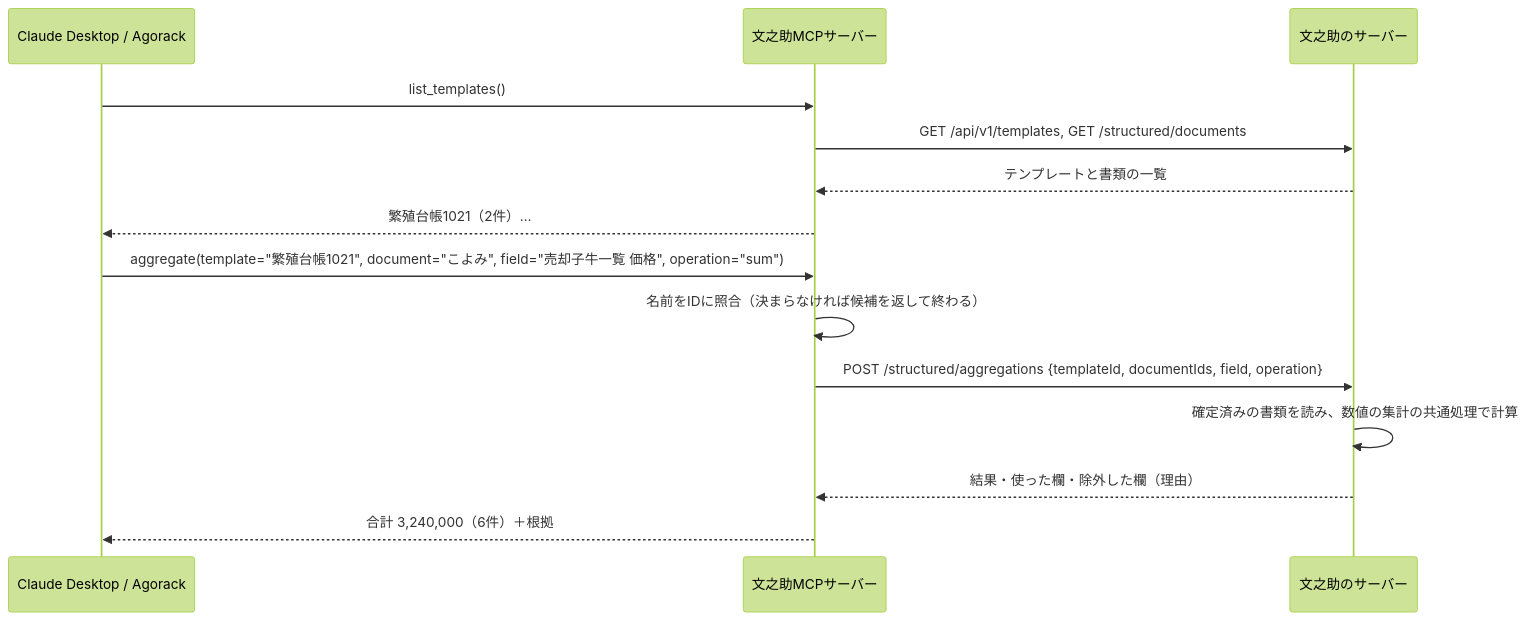
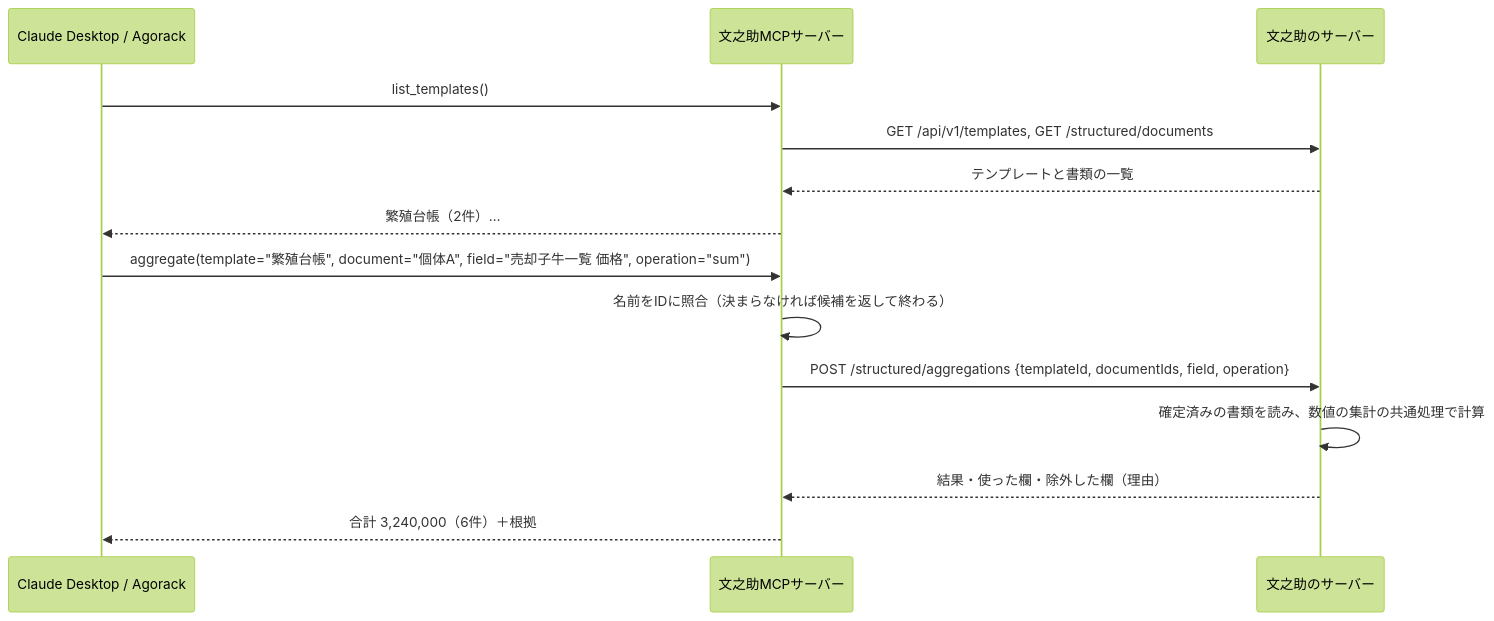
One commit to abeouga/fuminosuke changed the second of 2 diagrams in docs/strategy/fuminosuke-mcp-design-2026-11-08.md. Above: the diagram before and after it, drawn with Mermaid (forest theme). The commit also changed other lines of this file and 47 other files, not shown here.

````diff
--- a/docs/strategy/fuminosuke-mcp-design-2026-11-08.md
+++ b/docs/strategy/fuminosuke-mcp-design-2026-11-08.md
@@ -120,17 +120,17 @@
 ```mermaid
 sequenceDiagram
   participant AI as Claude Desktop / Agorack
   participant M as 文之助MCPサーバー
   participant F as 文之助のサーバー
 
   AI->>M: list_templates()
   M->>F: GET /api/v1/templates, GET /structured/documents
   F-->>M: テンプレートと書類の一覧
-  M-->>AI: 繁殖台帳1021（2件）…
-  AI->>M: aggregate(template="繁殖台帳1021", document="こよみ", field="売却子牛一覧 価格", operation="sum")
+  M-->>AI: 繁殖台帳（2件）…
+  AI->>M: aggregate(template="繁殖台帳", document="個体A", field="売却子牛一覧 価格", operation="sum")
   M->>M: 名前をIDに照合（決まらなければ候補を返して終わる）
   M->>F: POST /structured/aggregations {templateId, documentIds, field, operation}
   F->>F: 確定済みの書類を読み、数値の集計の共通処理で計算
   F-->>M: 結果・使った欄・除外した欄（理由）
   M-->>AI: 合計 3,240,000（6件）＋根拠
 ```
````
